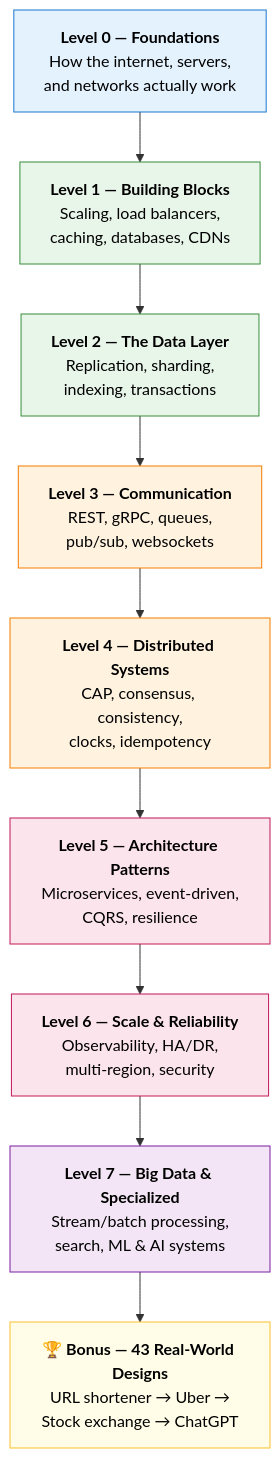
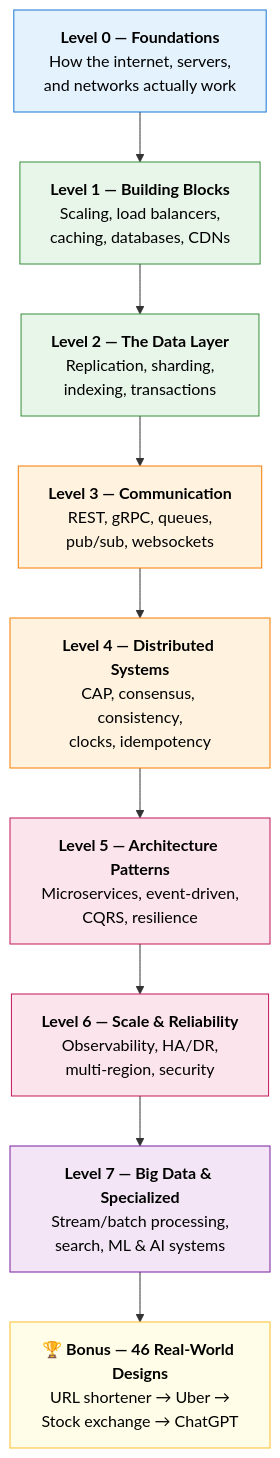
One commit to Ankan1998/learn-system-design changed the diagram in README.md. Above: the diagram before and after it, drawn with Mermaid. The commit also changed other lines of this file and 23 other files, not shown here.

````diff
--- a/README.md
+++ b/README.md
@@ -46,24 +46,24 @@
 ```mermaid
 flowchart TD
     L0["<b>Level 0 — Foundations</b><br/>How the internet, servers,<br/>and networks actually work"]
     L1["<b>Level 1 — Building Blocks</b><br/>Scaling, load balancers,<br/>caching, databases, CDNs"]
     L2["<b>Level 2 — The Data Layer</b><br/>Replication, sharding,<br/>indexing, transactions"]
     L3["<b>Level 3 — Communication</b><br/>REST, gRPC, queues,<br/>pub/sub, websockets"]
     L4["<b>Level 4 — Distributed Systems</b><br/>CAP, consensus, consistency,<br/>clocks, idempotency"]
     L5["<b>Level 5 — Architecture Patterns</b><br/>Microservices, event-driven,<br/>CQRS, resilience"]
     L6["<b>Level 6 — Scale & Reliability</b><br/>Observability, HA/DR,<br/>multi-region, security"]
     L7["<b>Level 7 — Big Data & Specialized</b><br/>Stream/batch processing,<br/>search, ML & AI systems"]
-    BONUS["<b>🏆 Bonus — 43 Real-World Designs</b><br/>URL shortener → Uber →<br/>Stock exchange → ChatGPT"]
+    BONUS["<b>🏆 Bonus — 46 Real-World Designs</b><br/>URL shortener → Uber →<br/>Stock exchange → ChatGPT"]
 
     L0 --> L1 --> L2 --> L3 --> L4 --> L5 --> L6 --> L7 --> BONUS
 
     style L0 fill:#e3f2fd,stroke:#1976d2,color:#000
     style L1 fill:#e8f5e9,stroke:#388e3c,color:#000
     style L2 fill:#e8f5e9,stroke:#388e3c,color:#000
     style L3 fill:#fff3e0,stroke:#f57c00,color:#000
     style L4 fill:#fff3e0,stroke:#f57c00,color:#000
     style L5 fill:#fce4ec,stroke:#c2185b,color:#000
     style L6 fill:#fce4ec,stroke:#c2185b,color:#000
     style L7 fill:#f3e5f5,stroke:#7b1fa2,color:#000
     style BONUS fill:#fffde7,stroke:#fbc02d,color:#000
 ```
````
